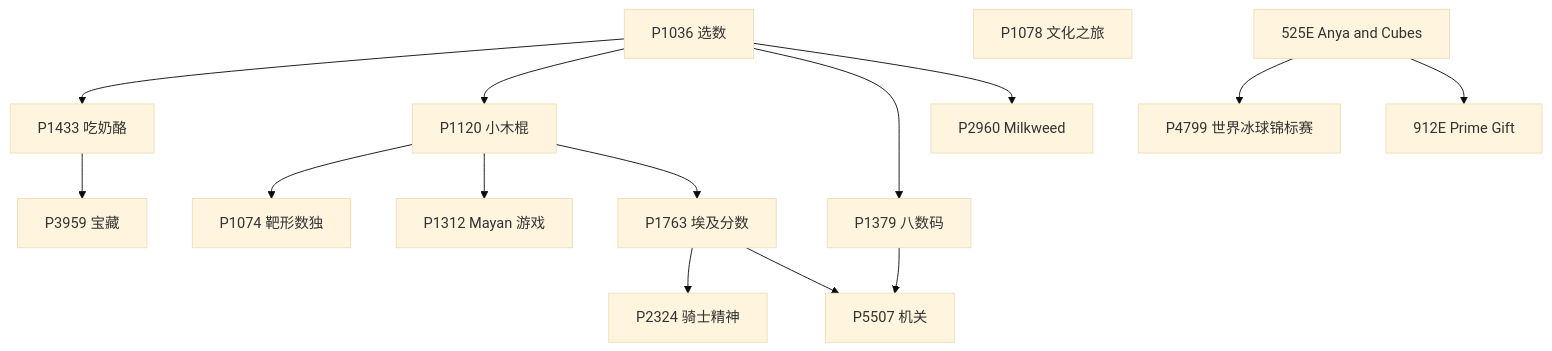
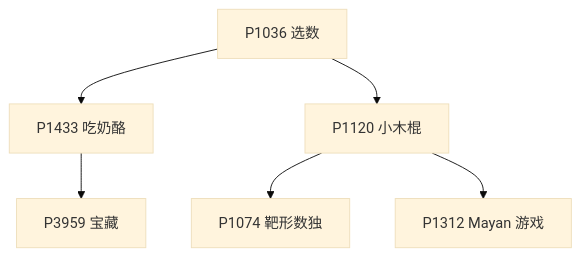
Diagram 12 of 56 in problem-sets/luogu-official-advanced-training.md (rainboyOJ/new_problem_solutions), drawn with Mermaid (base theme) before and after one commit. The commit also changed other lines of this file and 3 other files, not shown here.

First line of the commit message:
fix(problem-sets): 前置关系图不再缩字——去孤立节点、按支线拆图、宽图横向滚动

````diff
--- a/problem-sets/luogu-official-advanced-training.md
+++ b/problem-sets/luogu-official-advanced-training.md
@@ -286,32 +353,15 @@
 ```mermaid
 flowchart TD
-  n1036["P1036 选数"]
-  n1433["P1433 吃奶酪"]
-  n1120["P1120 小木棍"]
-  n1763["P1763 埃及分数"]
-  n1379["P1379 八数码"]
-  n2960["P2960 Milkweed"]
-  n2324["P2324 骑士精神"]
-  n5507["P5507 机关"]
-  n1074["P1074 靶形数独"]
-  n1312["P1312 Mayan 游戏"]
-  n3959["P3959 宝藏"]
-  n1078["P1078 文化之旅"]
-  n525E["525E Anya and Cubes"]
-  n4799["P4799 世界冰球锦标赛"]
-  n912E["912E Prime Gift"]
+  nP1036["P1036 选数"]
+  nP1433["P1433 吃奶酪"]
+  nP1120["P1120 小木棍"]
+  nP1074["P1074 靶形数独"]
+  nP1312["P1312 Mayan 游戏"]
+  nP3959["P3959 宝藏"]
 
-  n1036 --> n1433
-  n1036 --> n1120
-  n1120 --> n1074
-  n1120 --> n1312
-  n1036 --> n1379
-  n1036 --> n2960
-  n1120 --> n1763
-  n1763 --> n2324
-  n1763 --> n5507
-  n1379 --> n5507
-  n1433 --> n3959
-  n525E --> n4799
-  n525E --> n912E
+  nP1036 --> nP1433
+  nP1036 --> nP1120
+  nP1120 --> nP1074
+  nP1120 --> nP1312
+  nP1433 --> nP3959
 ```
````
